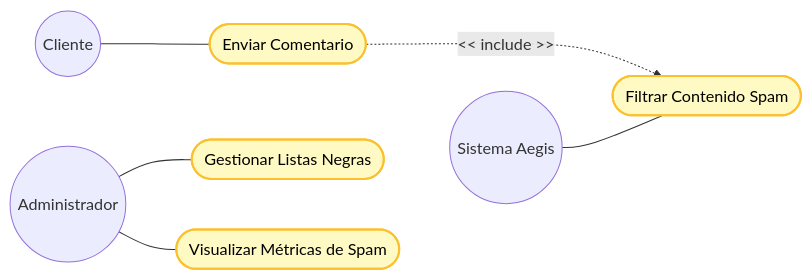
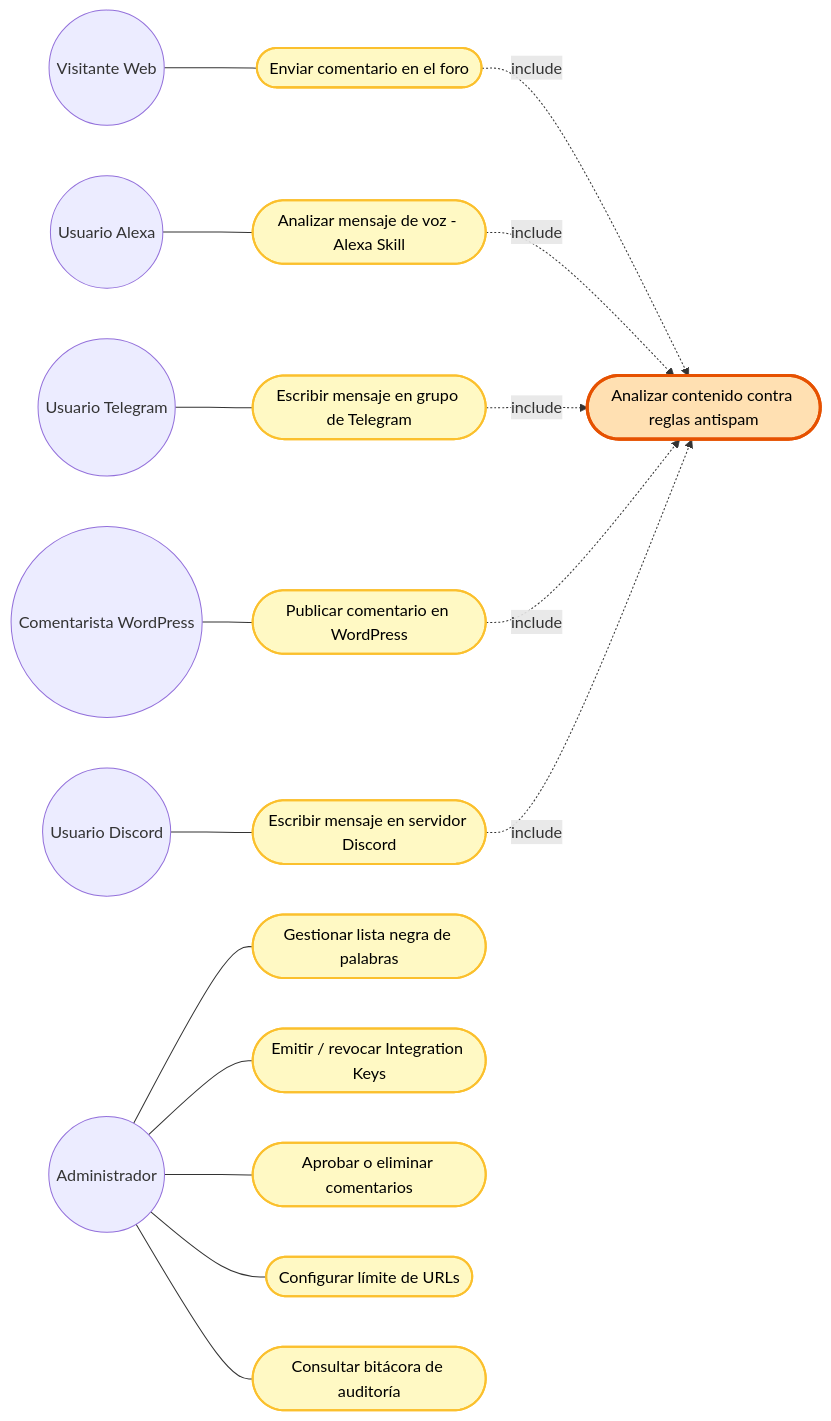
Before and after one commit to UPT-FAING-EPIS/proyecto-si784-2026-i-u1-antispam: the first of 11 diagrams in docs/FD04-Informe-Arquitectura.md, drawn with Mermaid. The commit also changed other lines of this file, not shown here.

First line of the commit message:
Actualizar diagramas Mermaid del FD04 a la arquitectura real del sistema

````diff
--- a/docs/FD04-Informe-Arquitectura.md
+++ b/docs/FD04-Informe-Arquitectura.md
@@ -119,23 +123,50 @@
 ```mermaid
 flowchart LR
     %% Actores
-    User((Cliente))
+    Visitante((Visitante Web))
     Admin((Administrador))
-    Sys((Sistema Aegis))
+    Telegram((Usuario Telegram))
+    Alexa((Usuario Alexa))
+    WP((Comentarista WordPress))
+    Discord((Usuario Discord))
 
-    %% Casos de Uso
-    UC1([Enviar Comentario])
-    UC2([Filtrar Contenido Spam])
-    UC3([Gestionar Listas Negras])
-    UC4([Visualizar Métricas de Spam])
+    %% Casos de uso - canal público
+    UC1([Enviar comentario en el foro])
+    UC2([Analizar mensaje de voz - Alexa Skill])
+    UC3([Escribir mensaje en grupo de Telegram])
+    UC4([Publicar comentario en WordPress])
+    UC5([Escribir mensaje en servidor Discord])
 
-    %% Relaciones
-    User --- UC1
-    UC1 ..->|<< include >>| UC2
-    Sys --- UC2
-    Admin --- UC3
-    Admin --- UC4
-    
+    %% Caso de uso núcleo
+    UCCORE([Analizar contenido contra reglas antispam])
+
+    %% Casos de uso administrativos
+    UC6([Gestionar lista negra de palabras])
+    UC7([Emitir / revocar Integration Keys])
+    UC8([Aprobar o eliminar comentarios])
+    UC9([Configurar límite de URLs])
+    UC10([Consultar bitácora de auditoría])
+
+    Visitante --- UC1
+    Telegram --- UC3
+    Alexa --- UC2
+    WP --- UC4
+    Discord --- UC5
+
+    UC1 -.->|include| UCCORE
+    UC2 -.->|include| UCCORE
+    UC3 -.->|include| UCCORE
+    UC4 -.->|include| UCCORE
+    UC5 -.->|include| UCCORE
+
+    Admin --- UC6
+    Admin --- UC7
+    Admin --- UC8
+    Admin --- UC9
+    Admin --- UC10
+
     classDef usecase fill:#fff9c4,stroke:#fbc02d,stroke-width:2px,color:#000
-    class UC1,UC2,UC3,UC4 usecase
+    classDef core fill:#ffe0b2,stroke:#e65100,stroke-width:3px,color:#000
+    class UC1,UC2,UC3,UC4,UC5,UC6,UC7,UC8,UC9,UC10 usecase
+    class UCCORE core
 ```
````
